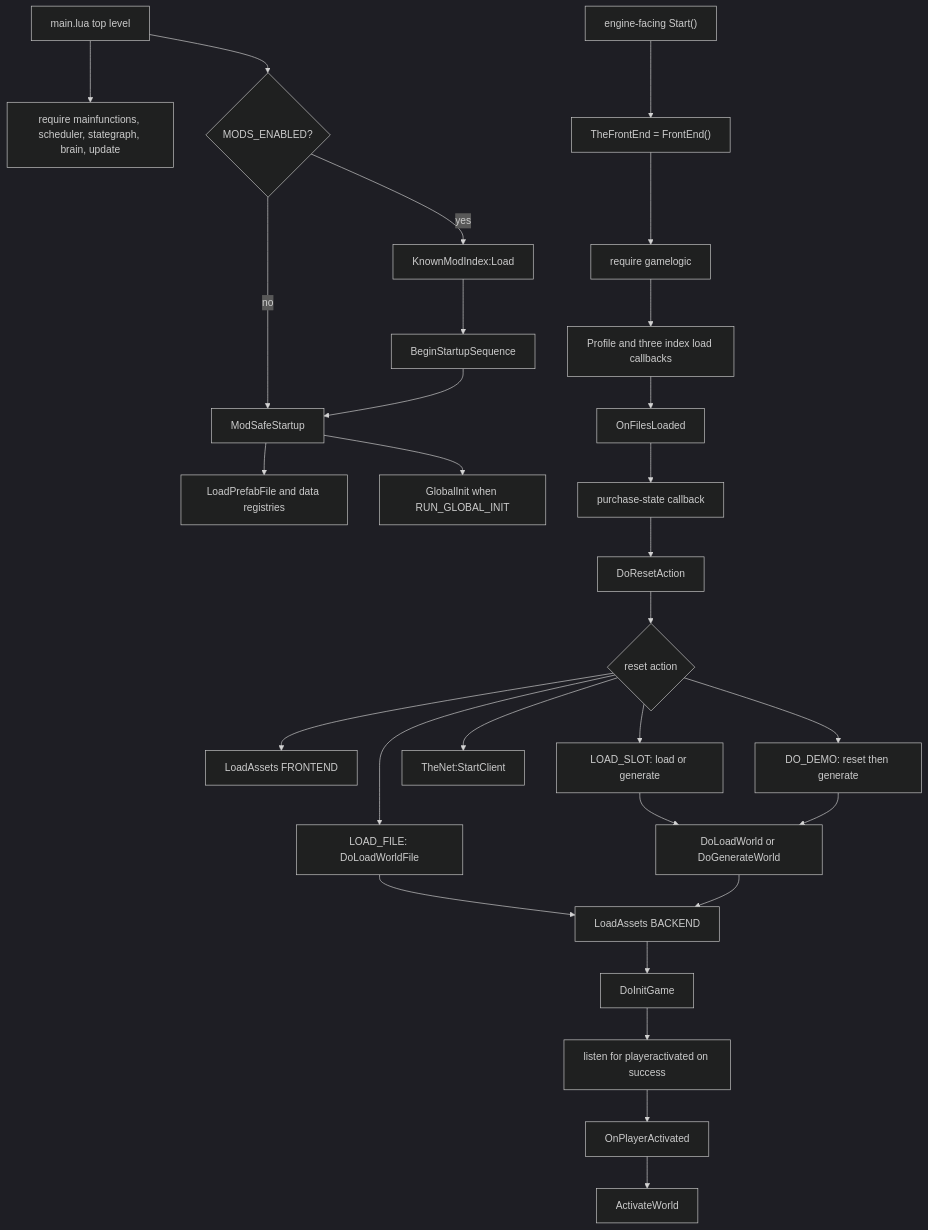
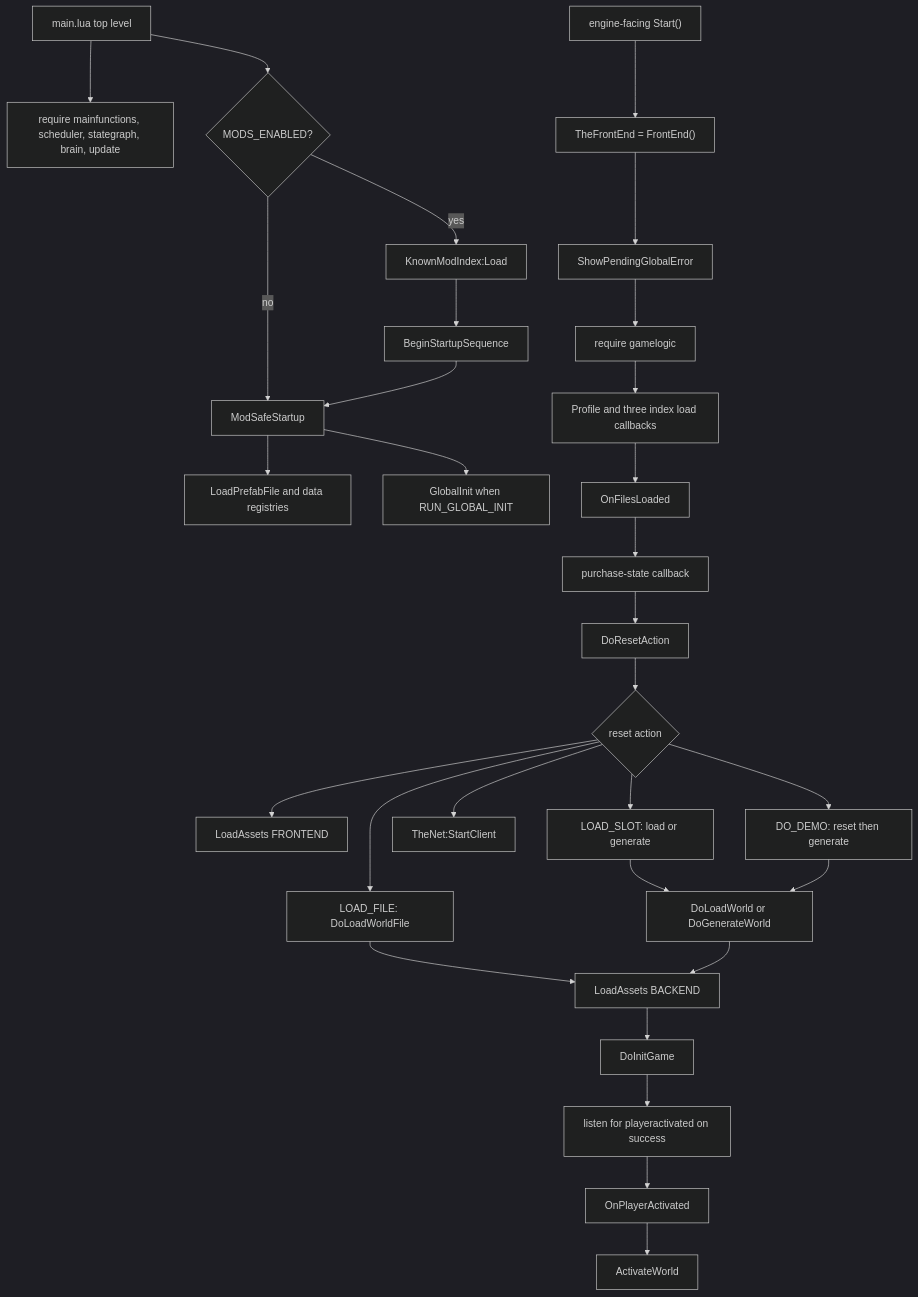
The diagram in dst-scripts/index/0x2000-runtime/0x2100-boot-loop/0x2101-boot-sequence.md (LetsStarveTogether/dst-server), drawn with Mermaid (dark theme) before and after one commit. The commit also changed other lines of this file and 9 other files, not shown here.

```diff
--- a/dst-scripts/index/0x2000-runtime/0x2100-boot-loop/0x2101-boot-sequence.md
+++ b/dst-scripts/index/0x2000-runtime/0x2100-boot-loop/0x2101-boot-sequence.md
@@ -40,32 +41,33 @@
 ~~~mermaid
 flowchart TD
     A["main.lua top level"]
     A --> B["require mainfunctions, scheduler, stategraph, brain, update"]
     A --> C{"MODS_ENABLED?"}
     C -->|no| D["ModSafeStartup"]
     C -->|yes| E["KnownModIndex:Load"]
     E --> F["BeginStartupSequence"]
     F --> D
     D --> AA["LoadPrefabFile and data registries"]
     D --> AB["GlobalInit when RUN_GLOBAL_INIT"]
     H["engine-facing Start()"] --> I["TheFrontEnd = FrontEnd()"]
-    I --> J["require gamelogic"]
+    I --> AC["ShowPendingGlobalError"]
+    AC --> J["require gamelogic"]
     J --> K["Profile and three index load callbacks"]
     K --> L["OnFilesLoaded"]
     L --> M["purchase-state callback"]
     M --> N["DoResetAction"]
     N --> O{"reset action"}
     O --> P["LoadAssets FRONTEND"]
     O --> Q["LOAD_SLOT: load or generate"]
     O --> R["LOAD_FILE: DoLoadWorldFile"]
     O --> S["TheNet:StartClient"]
     O --> Z["DO_DEMO: reset then generate"]
     Q --> T["DoLoadWorld or DoGenerateWorld"]
     Z --> T
     R --> U["LoadAssets BACKEND"]
     T --> U
     U --> V["DoInitGame"]
     V --> W["listen for playeractivated on success"]
     W --> X["OnPlayerActivated"]
     X --> Y["ActivateWorld"]
 ~~~
```
